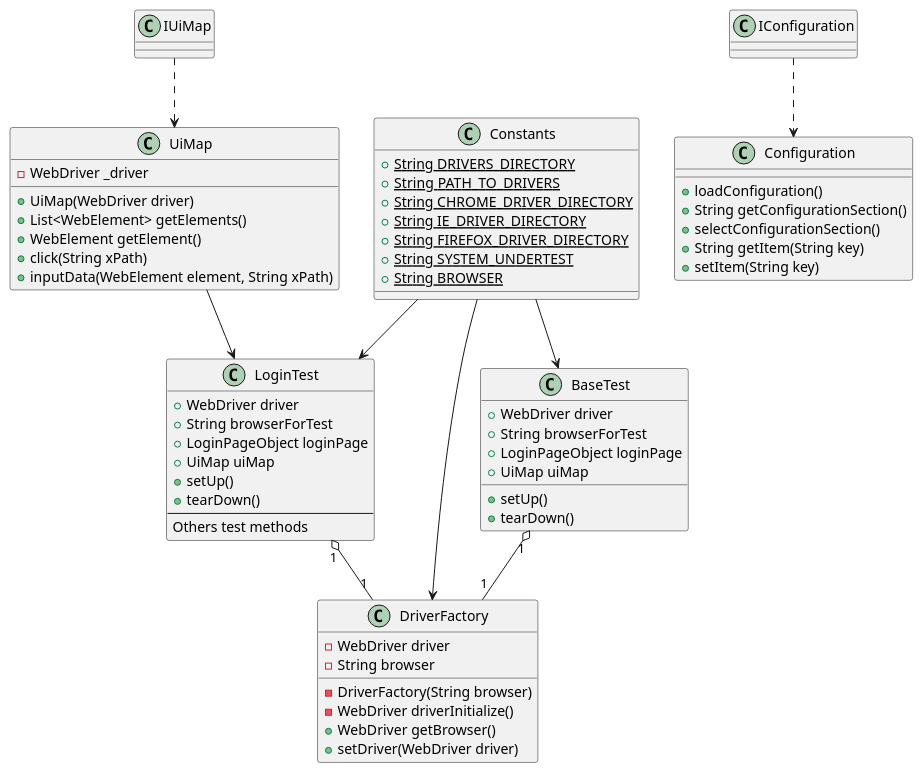
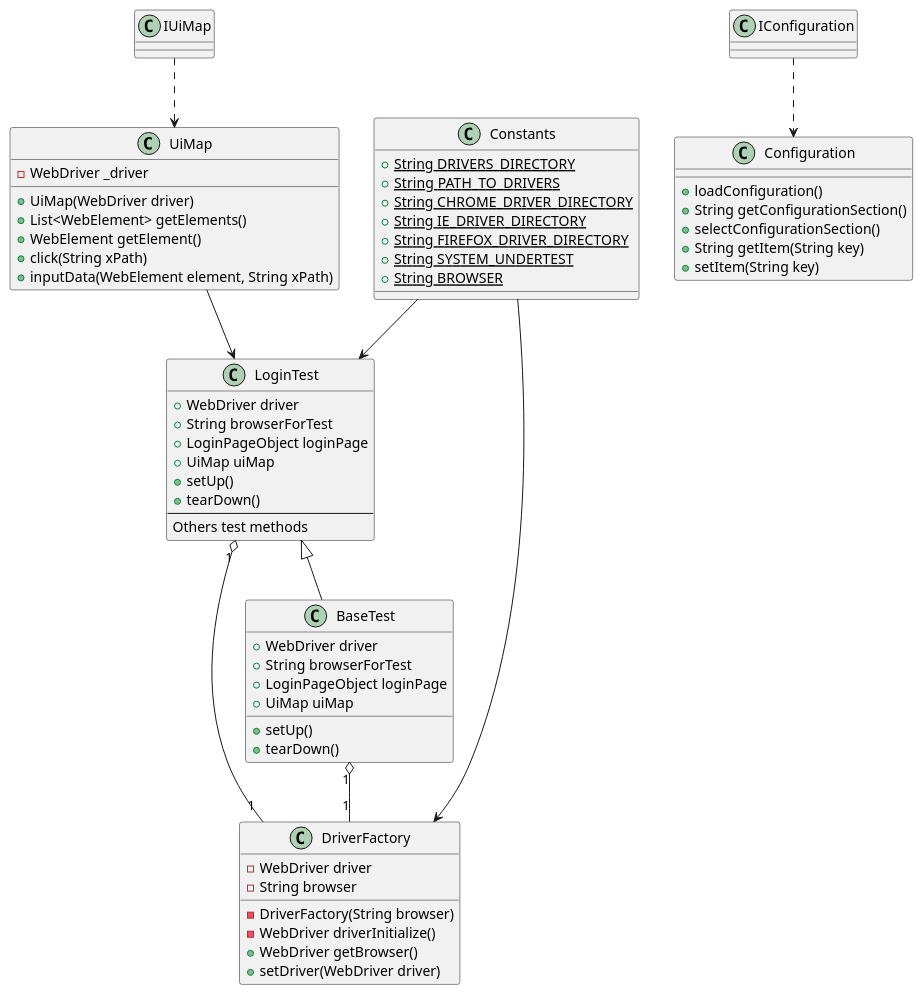
Before and after one commit to Moriceg/ATF_from_scratch_EM: the diagram in src/uml/ATF Class Diagram.puml, drawn with PlantUML. The commit also changed 3 other files, not shown here.

Commit message:
Passing the responsability to BaseClass to initiate driver and uiMap LoginTest extends BaseTest Pass the responsability to DriverFactory to read the browser details

```diff
--- a/src/uml/ATF Class Diagram.puml
+++ b/src/uml/ATF Class Diagram.puml
@@ -1,70 +1,70 @@
 @startuml
 IUiMap ..> UiMap
 
 class UiMap {
 -WebDriver _driver
 +UiMap(WebDriver driver)
 +List<WebElement> getElements()
 +WebElement getElement()
 +click(String xPath)
 +inputData(WebElement element, String xPath)
 }
 
 class DriverFactory {
 -WebDriver driver
 -String browser
 -DriverFactory(String browser)
 -WebDriver driverInitialize()
 +WebDriver getBrowser()
 +setDriver(WebDriver driver)
 }
 
 IConfiguration ..> Configuration
 class Configuration{
 +loadConfiguration()
 +String getConfigurationSection()
 +selectConfigurationSection()
 +String getItem(String key)
 +setItem(String key)
 }
 
 
 LoginTest "1" o-- "1" DriverFactory
 BaseTest "1" o-- "1" DriverFactory
 
 class Constants {
 +{static}String DRIVERS_DIRECTORY
 +{static}String PATH_TO_DRIVERS
 +{static}String CHROME_DRIVER_DIRECTORY
 +{static}String IE_DRIVER_DIRECTORY
 +{static}String FIREFOX_DRIVER_DIRECTORY
 +{static}String SYSTEM_UNDERTEST
 +{static}String BROWSER
 }
 
 class BaseTest{
 +WebDriver driver
 +String browserForTest
 +LoginPageObject loginPage
 +UiMap uiMap
 +setUp()
 +tearDown()
 }
 
 
 class LoginTest{
 +WebDriver driver
 +String browserForTest
 +LoginPageObject loginPage
 +UiMap uiMap
 +setUp()
 +tearDown()
 --
 Others test methods
 }
 
 UiMap -->  LoginTest
 Constants --> LoginTest
-Constants --> BaseTest
 Constants --> DriverFactory
+LoginTest <|-- BaseTest
 @enduml
```
